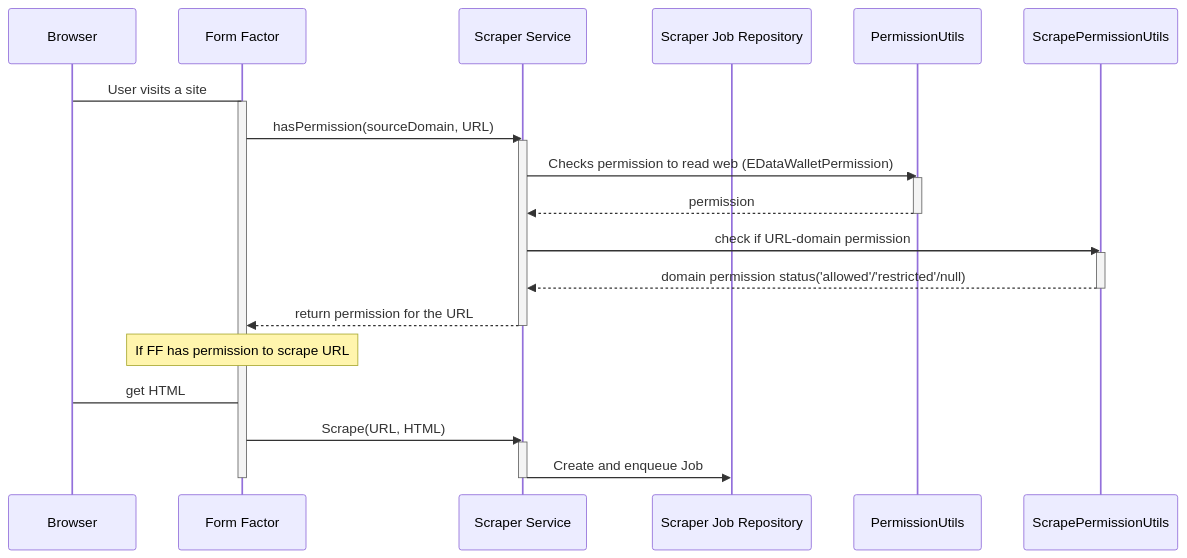
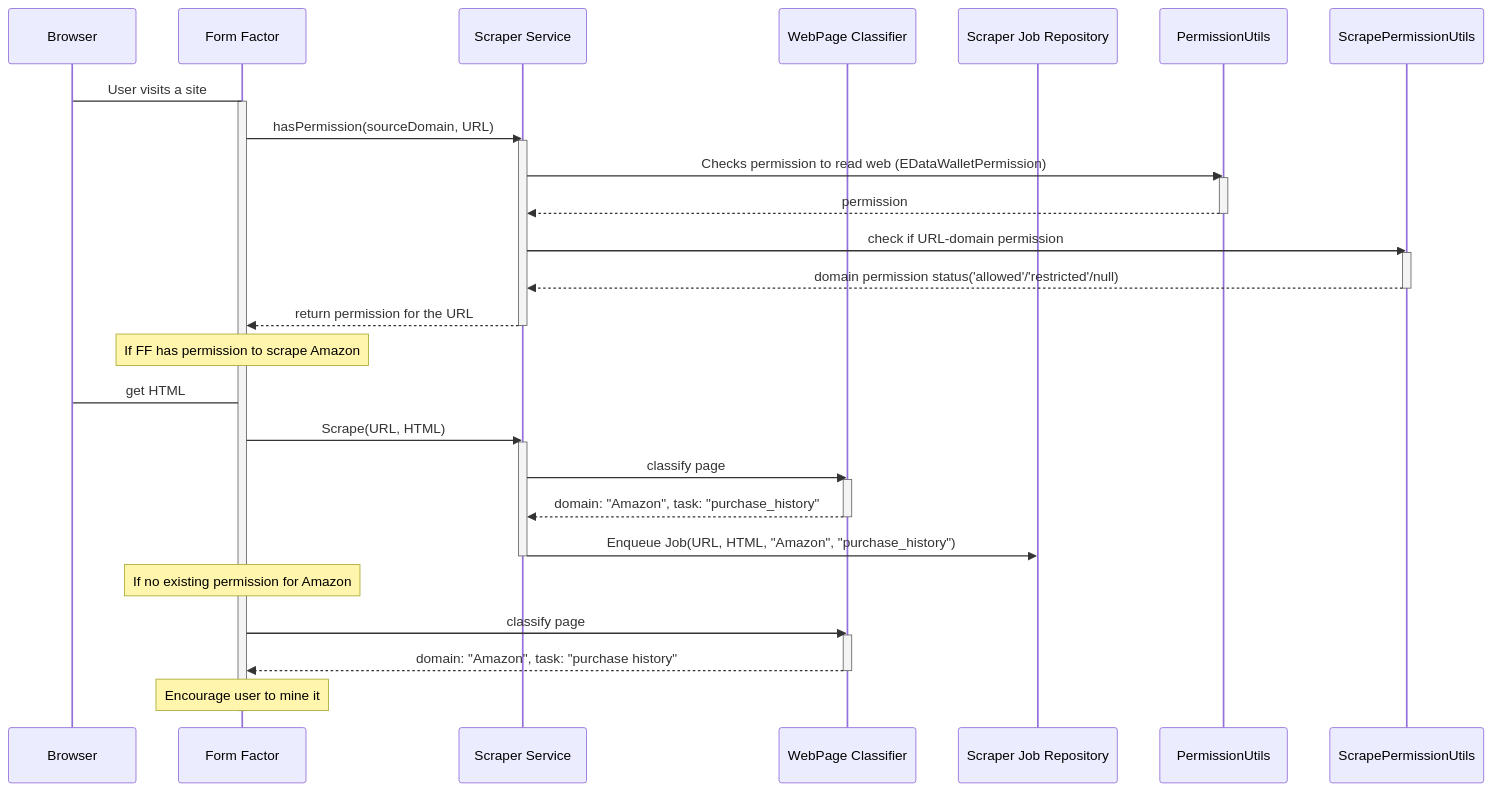
The first of 2 diagrams in documentation/ai-scraper/README.md (SnickerdoodleLabs/protocol), drawn with Mermaid before and after one commit. The commit also changed other lines of this file, not shown here.

````diff
--- a/documentation/ai-scraper/README.md
+++ b/documentation/ai-scraper/README.md
@@ -5,37 +15,53 @@
 ```mermaid
 sequenceDiagram
 
 participant U as Browser
 participant FF as Form Factor
 participant SS as Scraper Service
-participant SSJR as Scraper Job Repository
+participant Classifier as WebPage Classifier
+participant SJR as Scraper Job Repository
 
 U->FF: User visits a site
 activate FF
 
     FF->>SS: hasPermission(sourceDomain, URL)
     activate SS
 
         SS->>PermissionUtils: Checks permission to read web (EDataWalletPermission)
         activate PermissionUtils
             PermissionUtils -->> SS: permission
         deactivate PermissionUtils
 
         SS->>ScrapePermissionUtils: check if URL-domain permission
         activate ScrapePermissionUtils
             ScrapePermissionUtils-->>SS: domain permission status('allowed'/'restricted'/null)
         deactivate ScrapePermissionUtils
         SS-->>FF: return permission for the URL
 
     deactivate SS
 
-    note over FF: If FF has permission to scrape URL
+    note over FF: If FF has permission to scrape Amazon
     FF->U: get HTML
     FF->>SS: Scrape(URL, HTML)
     activate SS
-        SS->>SSJR: Create and enqueue Job
+        SS->>Classifier: classify page
+        activate Classifier
+            Classifier-->>SS: domain: "Amazon", task: "purchase_history"
+        deactivate Classifier
+
+        SS->>SJR: Enqueue Job(URL, HTML, "Amazon", "purchase_history")
+
+
     deactivate SS
+
+    note over FF: If no existing permission for Amazon
+    FF->>Classifier: classify page
+    activate Classifier
+        Classifier-->>FF: domain: "Amazon", task: "purchase history"
+    deactivate Classifier
+    note over FF: Encourage user to mine it
+
 
 deactivate FF
 
 ```
````
